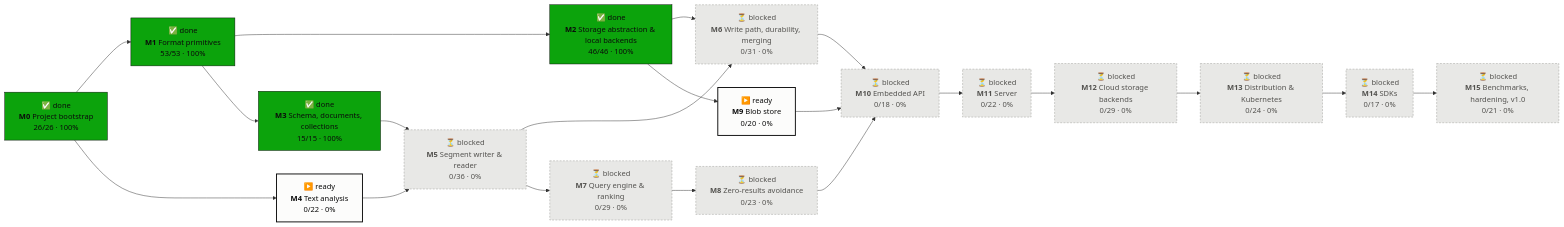
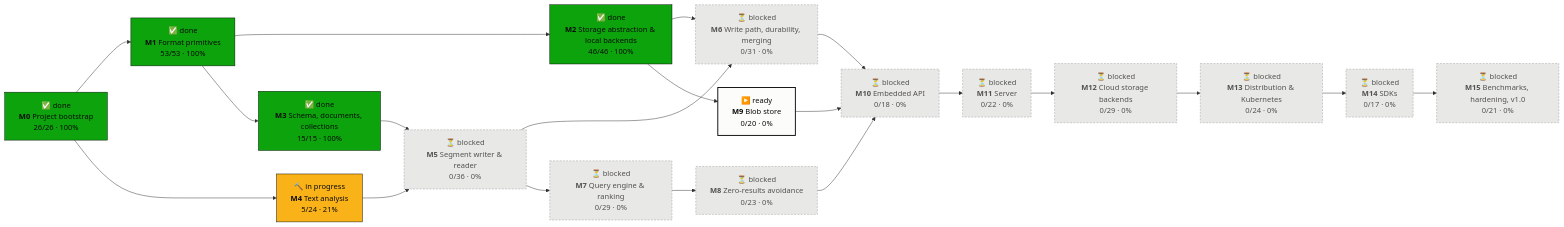
One commit to tomiok/persiaDB changed the first of 2 diagrams in PROGRESS.md. Above: the diagram before and after it, drawn with Mermaid. The commit also changed other lines of this file and 20 other files, not shown here.

First line of the commit message:
Tokenizers: token model, UAX#29 standard, whitespace, keyword, length guard (ROADMAP 4.1) (#15)

````diff
--- a/PROGRESS.md
+++ b/PROGRESS.md
@@ -14,42 +14,42 @@
 ```mermaid
 flowchart LR
   M0["✅ done<br/><b>M0</b> Project bootstrap<br/>26/26 · 100%"]:::done
   M1["✅ done<br/><b>M1</b> Format primitives<br/>53/53 · 100%"]:::done
   M2["✅ done<br/><b>M2</b> Storage abstraction & local backends<br/>46/46 · 100%"]:::done
   M3["✅ done<br/><b>M3</b> Schema, documents, collections<br/>15/15 · 100%"]:::done
-  M4["▶️ ready<br/><b>M4</b> Text analysis<br/>0/22 · 0%"]:::ready
+  M4["🔨 in progress<br/><b>M4</b> Text analysis<br/>5/24 · 21%"]:::doing
   M5["⏳ blocked<br/><b>M5</b> Segment writer & reader<br/>0/36 · 0%"]:::blocked
   M6["⏳ blocked<br/><b>M6</b> Write path, durability, merging<br/>0/31 · 0%"]:::blocked
   M7["⏳ blocked<br/><b>M7</b> Query engine & ranking<br/>0/29 · 0%"]:::blocked
   M8["⏳ blocked<br/><b>M8</b> Zero-results avoidance<br/>0/23 · 0%"]:::blocked
   M9["▶️ ready<br/><b>M9</b> Blob store<br/>0/20 · 0%"]:::ready
   M10["⏳ blocked<br/><b>M10</b> Embedded API<br/>0/18 · 0%"]:::blocked
   M11["⏳ blocked<br/><b>M11</b> Server<br/>0/22 · 0%"]:::blocked
   M12["⏳ blocked<br/><b>M12</b> Cloud storage backends<br/>0/29 · 0%"]:::blocked
   M13["⏳ blocked<br/><b>M13</b> Distribution & Kubernetes<br/>0/24 · 0%"]:::blocked
   M14["⏳ blocked<br/><b>M14</b> SDKs<br/>0/17 · 0%"]:::blocked
   M15["⏳ blocked<br/><b>M15</b> Benchmarks, hardening, v1.0<br/>0/21 · 0%"]:::blocked
   M0 --> M1
   M1 --> M2
   M1 --> M3
   M0 --> M4
   M3 --> M5
   M4 --> M5
   M2 --> M6
   M5 --> M6
   M5 --> M7
   M7 --> M8
   M2 --> M9
   M6 --> M10
   M8 --> M10
   M9 --> M10
   M10 --> M11
   M11 --> M12
   M12 --> M13
   M13 --> M14
   M14 --> M15
   classDef done fill:#0ca30c,stroke:#0b0b0b,color:#0b0b0b
   classDef doing fill:#fab219,stroke:#0b0b0b,color:#0b0b0b
   classDef ready fill:#fcfcfb,stroke:#0b0b0b,stroke-width:2px,color:#0b0b0b
   classDef blocked fill:#e8e8e6,stroke:#9a9a96,stroke-dasharray:4 3,color:#52514e
 ```
````
